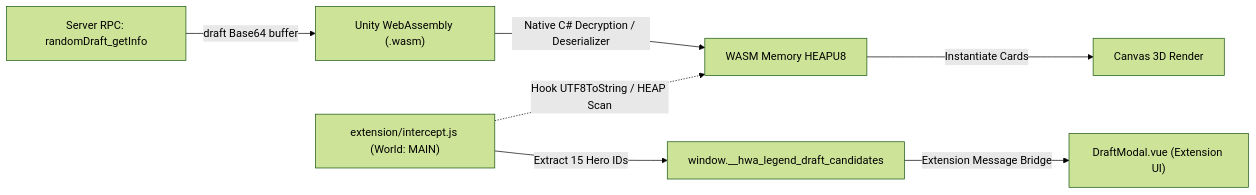
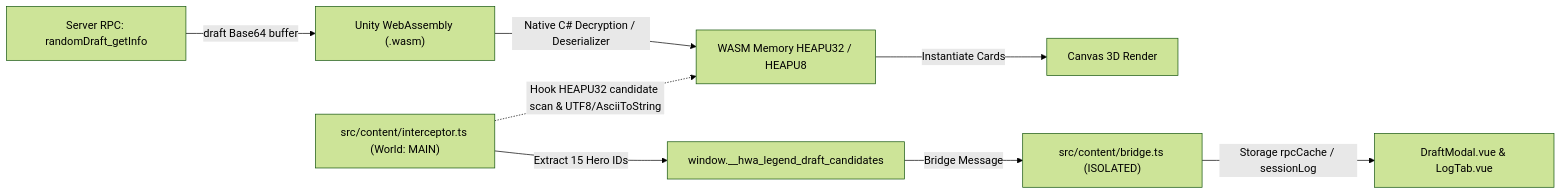
One commit to vplghost/VPL-HWA-Ext changed the second of 2 diagrams in docs/LEGENDS-DRAFT-ANALYSIS.md. Above: the diagram before and after it, drawn with Mermaid (forest theme). The commit also changed other lines of this file and 20 other files, not shown here.

First line of the commit message:
feat(legend-draft): add wasm heap telemetry and session logging

````diff
--- a/docs/LEGENDS-DRAFT-ANALYSIS.md
+++ b/docs/LEGENDS-DRAFT-ANALYSIS.md
@@ -202,10 +207,11 @@
 ```mermaid
 flowchart LR
     A["Server RPC: randomDraft_getInfo"] -->|"draft Base64 buffer"| B["Unity WebAssembly (.wasm)"]
-    B -->|"Native C# Decryption / Deserializer"| C["WASM Memory HEAPU8"]
+    B -->|"Native C# Decryption / Deserializer"| C["WASM Memory HEAPU32 / HEAPU8"]
     C -->|"Instantiate Cards"| D["Canvas 3D Render"]
     
-    E["extension/intercept.js (World: MAIN)"] -.->|"Hook UTF8ToString / HEAP Scan"| C
+    E["src/content/interceptor.ts (World: MAIN)"] -.->|"Hook HEAPU32 candidate scan & UTF8/AsciiToString"| C
     E -->|"Extract 15 Hero IDs"| F["window.__hwa_legend_draft_candidates"]
-    F -->|"Extension Message Bridge"| G["DraftModal.vue (Extension UI)"]
+    F -->|"Bridge Message"| G["src/content/bridge.ts (ISOLATED)"]
+    G -->|"Storage rpcCache / sessionLog"| H["DraftModal.vue & LogTab.vue"]
 ```
````
